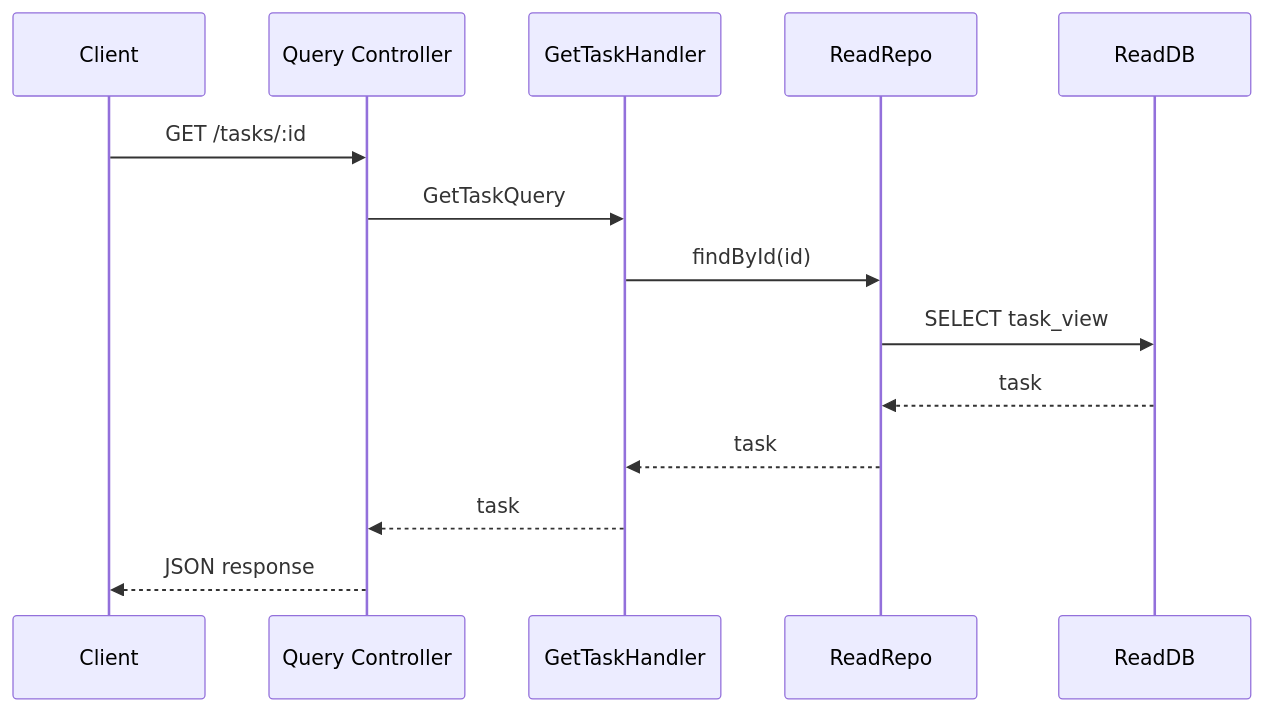
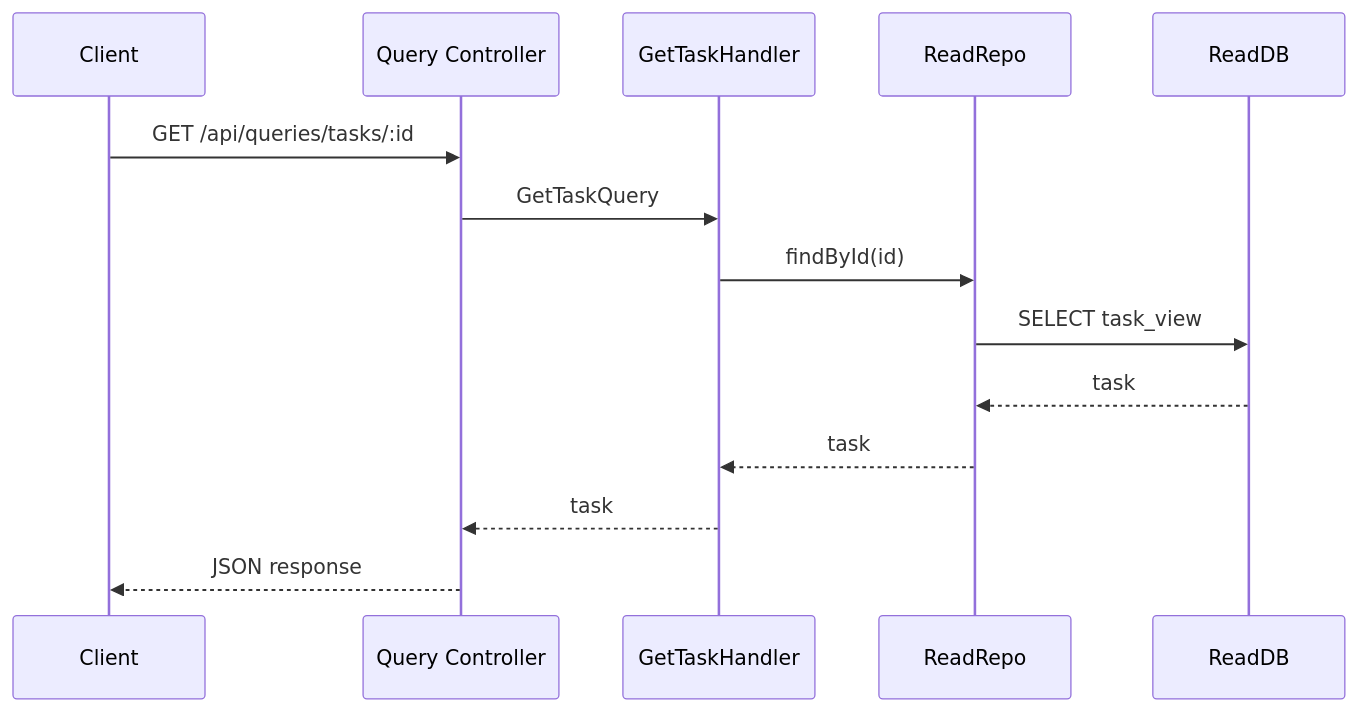
Before and after one commit to dilumdarshana/architecture-concepts: the third of 4 diagrams in cqrs/express/README.md, drawn with Mermaid. The commit also changed other lines of this file and 3 other files, not shown here.

Commit message:
chore: update npm dependencies to latest and improve README with setup guide, schema, and project structure

````diff
--- a/cqrs/express/README.md
+++ b/cqrs/express/README.md
@@ -52,17 +225,17 @@
 ```mermaid
   sequenceDiagram
     participant Client
     participant Controller as Query Controller
     participant Handler as GetTaskHandler
     participant ReadRepo
     participant ReadDB
 
-    Client->>Controller: GET /tasks/:id
+    Client->>Controller: GET /api/queries/tasks/:id
     Controller->>Handler: GetTaskQuery
     Handler->>ReadRepo: findById(id)
     ReadRepo->>ReadDB: SELECT task_view
     ReadDB-->>ReadRepo: task
     ReadRepo-->>Handler: task
     Handler-->>Controller: task
     Controller-->>Client: JSON response
 ```
````
